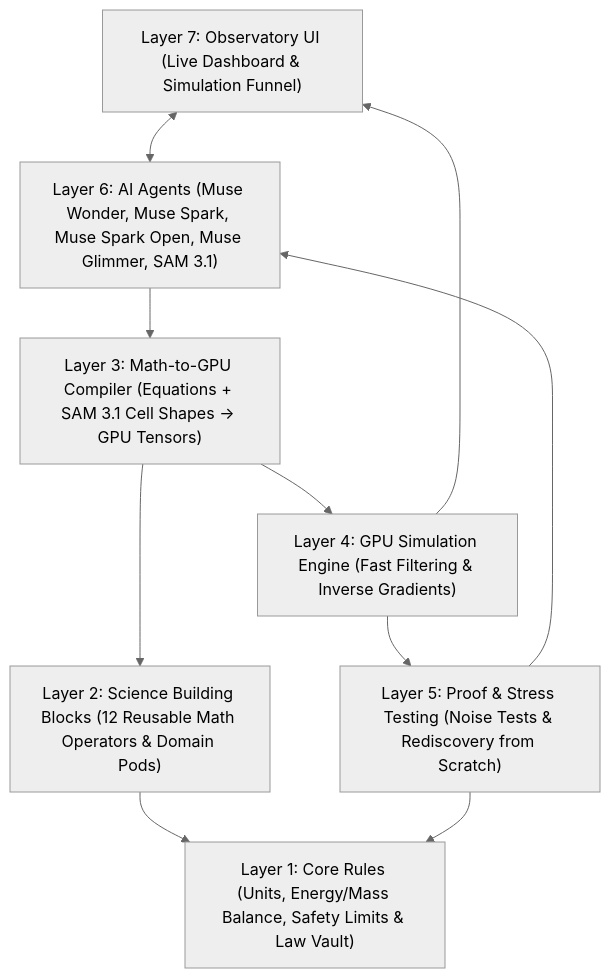
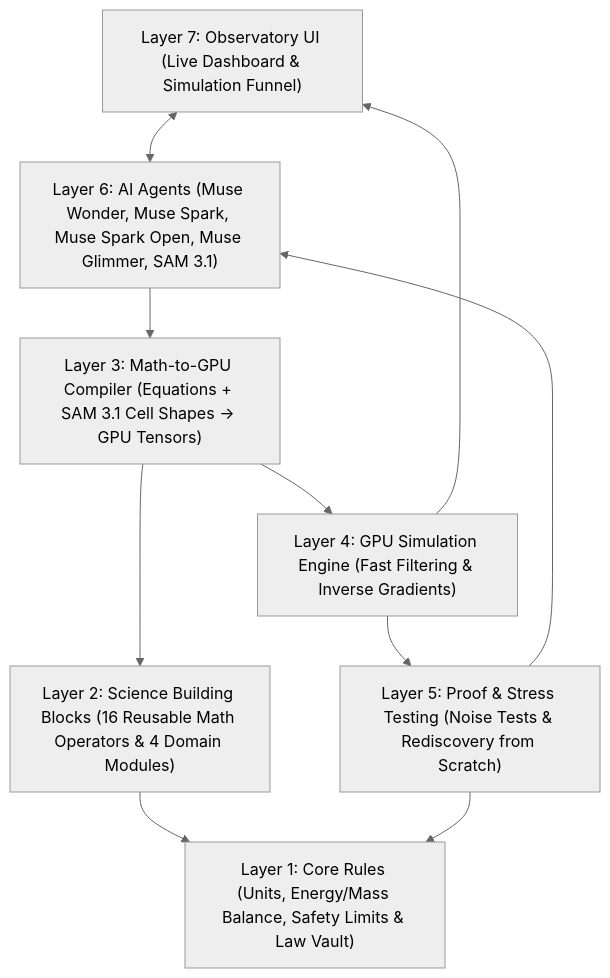
The diagram in README.md (bradharris4523-beep/Cortivra), drawn with Mermaid (neutral theme) before and after one commit. The commit also changed other lines of this file and 8 other files, not shown here.

First line of the commit message:
feat(layer2): add math primitives and domain subsystem modules

````diff
--- a/README.md
+++ b/README.md
@@ -11,20 +11,20 @@
 ```mermaid
 flowchart TD
     L7["Layer 7: Observatory UI (Live Dashboard & Simulation Funnel)"]
     L6["Layer 6: AI Agents (Muse Wonder, Muse Spark, Muse Spark Open, Muse Glimmer, SAM 3.1)"]
     L5["Layer 5: Proof & Stress Testing (Noise Tests & Rediscovery from Scratch)"]
     L4["Layer 4: GPU Simulation Engine (Fast Filtering & Inverse Gradients)"]
     L3["Layer 3: Math-to-GPU Compiler (Equations + SAM 3.1 Cell Shapes -> GPU Tensors)"]
-    L2["Layer 2: Science Building Blocks (12 Reusable Math Operators & Domain Pods)"]
+    L2["Layer 2: Science Building Blocks (16 Reusable Math Operators & 4 Domain Modules)"]
     L1["Layer 1: Core Rules (Units, Energy/Mass Balance, Safety Limits & Law Vault)"]
 
     L7 <--> L6
     L6 --> L3
     L3 --> L2
     L2 --> L1
     L3 --> L4
     L4 --> L5
     L5 --> L1
     L5 --> L6
     L4 --> L7
 ```
````
